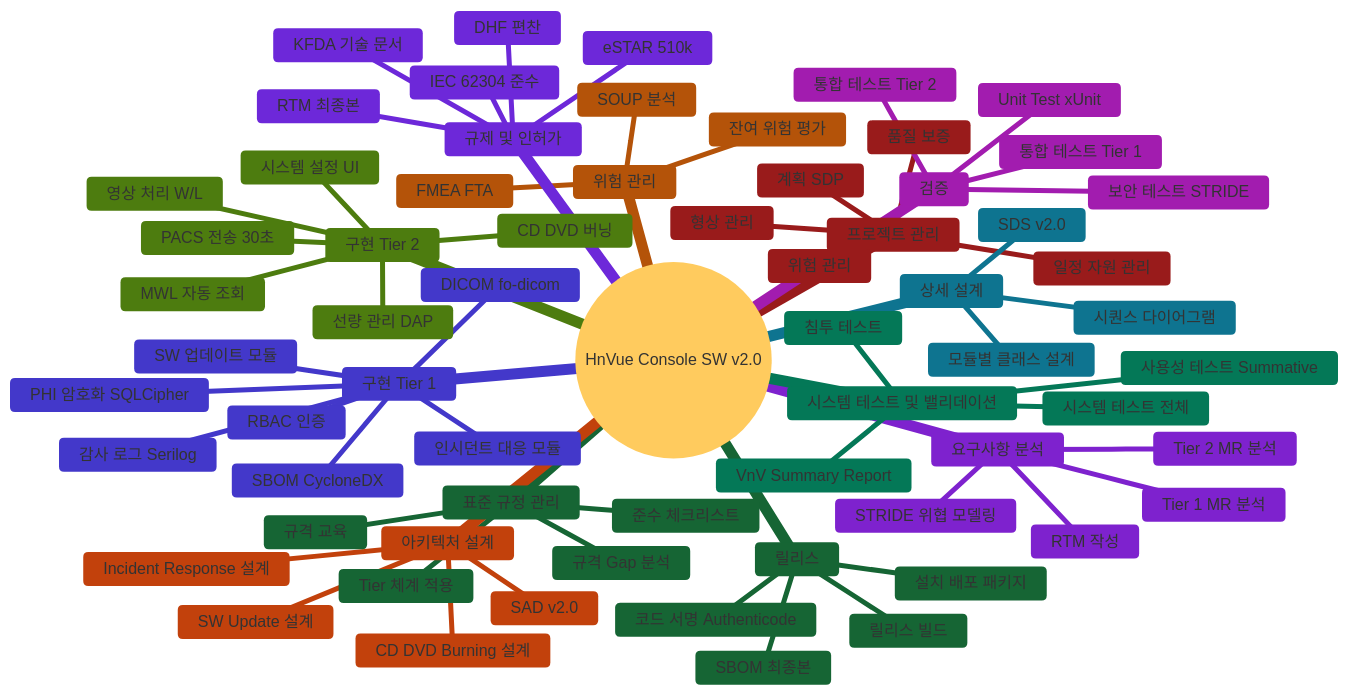
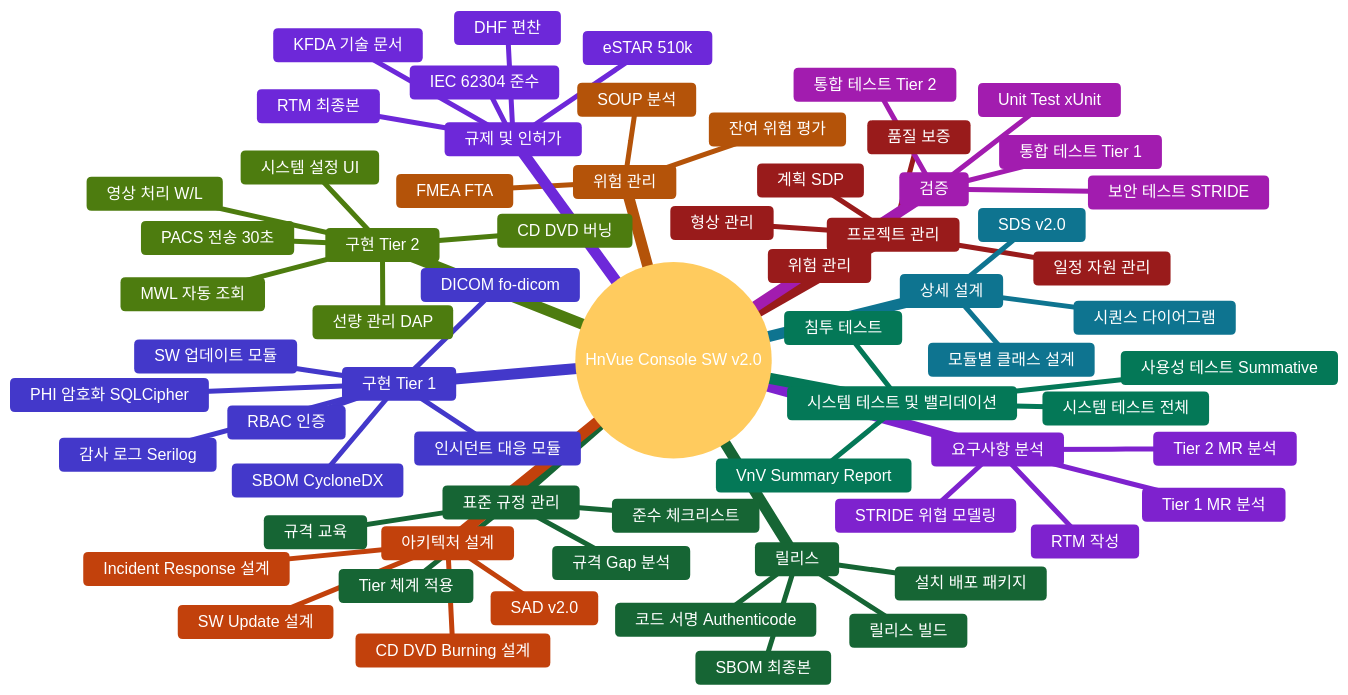
The third of 6 diagrams in docs/management/WBS-001_WBS_v2.0.md (holee9/console-gui), drawn with Mermaid before and after one commit. The commit also changed other lines of this file, not shown here.

First line of the commit message:
feat(wbs): v3.0 — Gantt Team 단위 재작성 + MM 배분 + 색상 범례

````diff
--- a/docs/management/WBS-001_WBS_v2.0.md
+++ b/docs/management/WBS-001_WBS_v2.0.md
@@ -173,70 +174,70 @@
 ```mermaid
-%%{init: {'theme': 'base', 'themeVariables': {'cScale0': '#1e40af', 'cScale1': '#166534', 'cScale2': '#991b1b', 'cScale3': '#7e22ce', 'cScale4': '#c2410c', 'cScale5': '#0e7490', 'cScale6': '#4338ca', 'cScale7': '#4d7c0f', 'cScale8': '#a21caf', 'cScale9': '#047857', 'cScale10': '#b45309', 'cScale11': '#6d28d9'}}}%%
+%%{init: {'theme': 'base', 'themeVariables': {'primaryTextColor': '#ffffff', 'cScale0': '#1e40af', 'cScaleInv0': '#ffffff', 'cScale1': '#166534', 'cScaleInv1': '#ffffff', 'cScale2': '#991b1b', 'cScaleInv2': '#ffffff', 'cScale3': '#7e22ce', 'cScaleInv3': '#ffffff', 'cScale4': '#c2410c', 'cScaleInv4': '#ffffff', 'cScale5': '#0e7490', 'cScaleInv5': '#ffffff', 'cScale6': '#4338ca', 'cScaleInv6': '#ffffff', 'cScale7': '#4d7c0f', 'cScaleInv7': '#ffffff', 'cScale8': '#a21caf', 'cScaleInv8': '#ffffff', 'cScale9': '#047857', 'cScaleInv9': '#ffffff', 'cScale10': '#b45309', 'cScaleInv10': '#ffffff', 'cScale11': '#6d28d9', 'cScaleInv11': '#ffffff'}}}%%
 mindmap
   root((HnVue Console SW v2.0))
     표준 규정 관리
       Tier 체계 적용
       규격 Gap 분석
       규격 교육
       준수 체크리스트
     프로젝트 관리
       계획 SDP
       품질 보증
       형상 관리
       위험 관리
       일정 자원 관리
     요구사항 분석
       Tier 1 MR 분석
       Tier 2 MR 분석
       STRIDE 위협 모델링
       RTM 작성
     아키텍처 설계
       SAD v2.0
       CD DVD Burning 설계
       Incident Response 설계
       SW Update 설계
     상세 설계
       SDS v2.0
       모듈별 클래스 설계
       시퀀스 다이어그램
     구현 Tier 1
       RBAC 인증
       PHI 암호화 SQLCipher
       감사 로그 Serilog
       DICOM fo-dicom
       SW 업데이트 모듈
       인시던트 대응 모듈
       SBOM CycloneDX
     구현 Tier 2
       MWL 자동 조회
       PACS 전송 30초
       영상 처리 W/L
       선량 관리 DAP
       CD DVD 버닝
       시스템 설정 UI
     검증
       Unit Test xUnit
       통합 테스트 Tier 1
       통합 테스트 Tier 2
       보안 테스트 STRIDE
     시스템 테스트 및 밸리데이션
       시스템 테스트 전체
       침투 테스트
       사용성 테스트 Summative
       VnV Summary Report
     위험 관리
       FMEA FTA
       잔여 위험 평가
       SOUP 분석
     규제 및 인허가
       IEC 62304 준수
       DHF 편찬
       RTM 최종본
       eSTAR 510k
       KFDA 기술 문서
     릴리스
       릴리스 빌드
       코드 서명 Authenticode
       SBOM 최종본
       설치 배포 패키지
 ```
````
